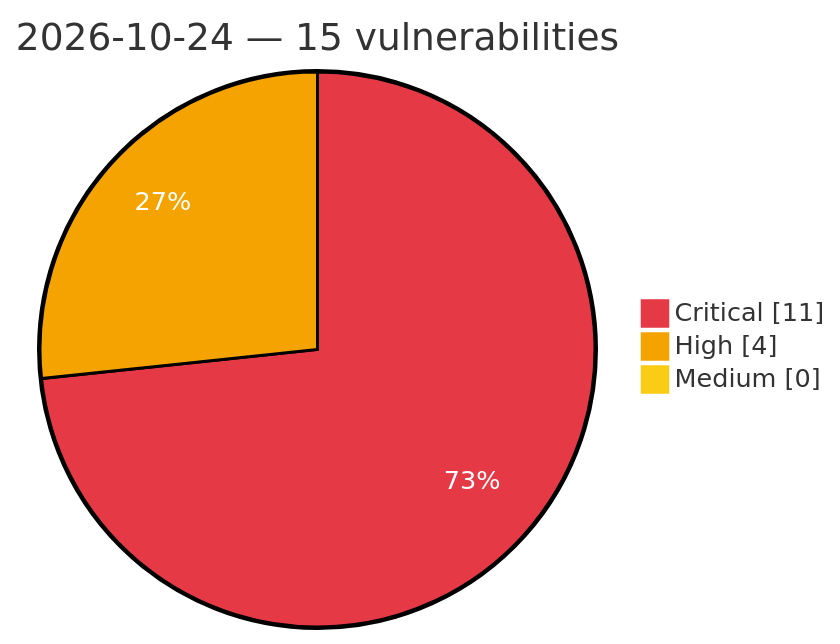
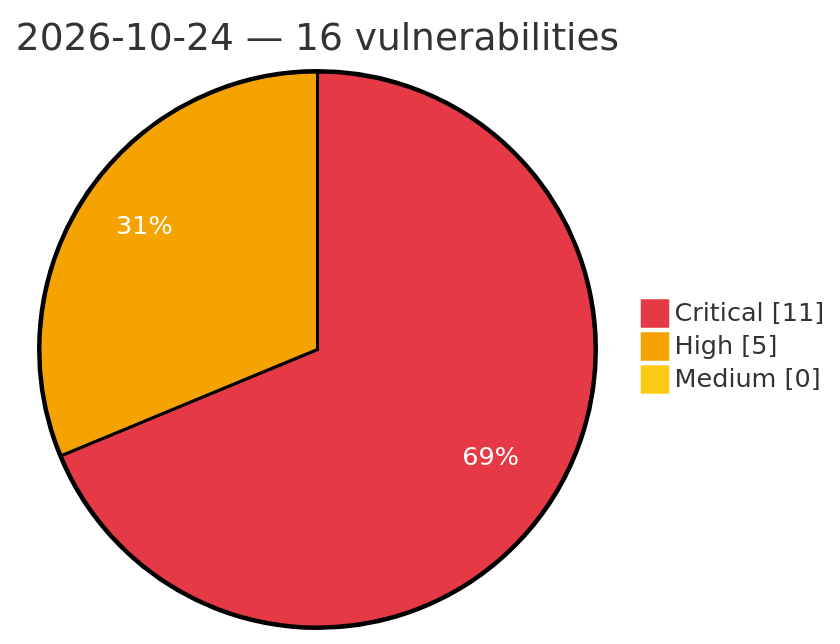
Before and after one commit to GhostX0X/vuln-tracker: the diagram in vulnerabilities/2026/October/2026-10-24.md, drawn with Mermaid. The commit also changed other lines of this file and 5 other files, not shown here.

````diff
--- a/vulnerabilities/2026/October/2026-10-24.md
+++ b/vulnerabilities/2026/October/2026-10-24.md
@@ -3,8 +3,8 @@
 ```mermaid
 %%{init: {'theme':'base', 'themeVariables': {'pie1':'#e63946', 'pie2':'#f4a300', 'pie3':'#facc15', 'pieOpacity':'1', 'pieOuterStrokeWidth':'2px', 'pieSectionTextColor':'#ffffff'}}}%%
 pie showData
-    title 2026-10-24 — 15 vulnerabilities
+    title 2026-10-24 — 16 vulnerabilities
     "Critical" : 11
-    "High" : 4
+    "High" : 5
     "Medium" : 0
 ```
````
